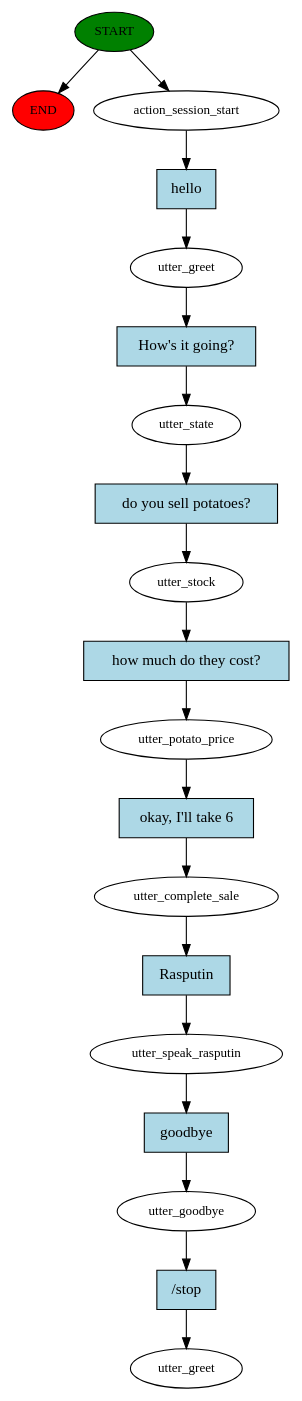
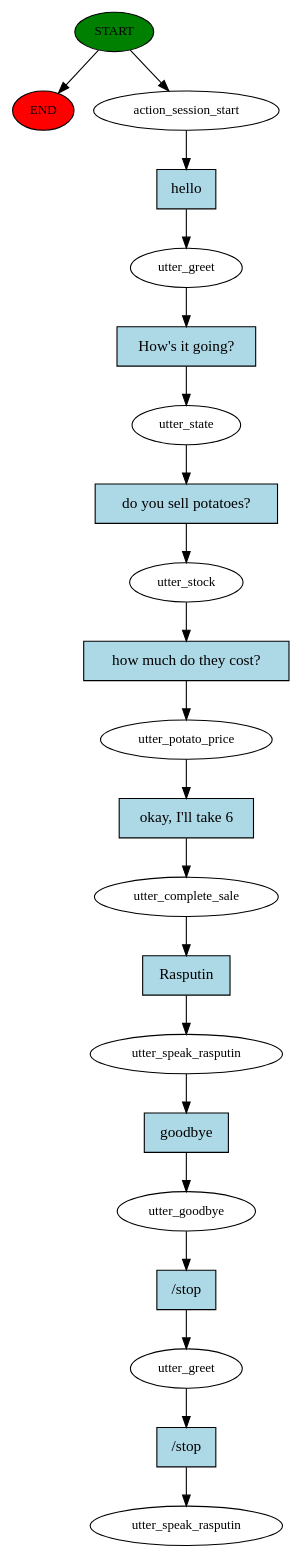
One commit to KazeShikaru/ChatBot changed the diagram in rasa/story_graph.dot. Above: the diagram before and after it, drawn with Graphviz. The commit also changed 3 other files, not shown here.

```diff
--- a/rasa/story_graph.dot
+++ b/rasa/story_graph.dot
@@ -1,39 +1,43 @@
 digraph  {
 0 [class="start active", fillcolor=green, fontsize=12, label=START, style=filled];
 "-1" [class=end, fillcolor=red, fontsize=12, label=END, style=filled];
 1 [class=active, fontsize=12, label=action_session_start];
 2 [class=active, fontsize=12, label=utter_greet];
 3 [class=active, fontsize=12, label=utter_state];
 4 [class=active, fontsize=12, label=utter_stock];
 5 [class=active, fontsize=12, label=utter_potato_price];
 6 [class=active, fontsize=12, label=utter_complete_sale];
 7 [class=active, fontsize=12, label=utter_speak_rasputin];
 8 [class=active, fontsize=12, label=utter_goodbye];
-9 [class="dashed active", fontsize=12, label=utter_greet];
-10 [class="intent active", fillcolor=lightblue, label=hello, shape=rect, style=filled];
-11 [class="intent active", fillcolor=lightblue, label="How's it going?", shape=rect, style=filled];
-12 [class="intent active", fillcolor=lightblue, label="do you sell potatoes?", shape=rect, style=filled];
-13 [class="intent active", fillcolor=lightblue, label="how much do they cost?", shape=rect, style=filled];
-14 [class="intent active", fillcolor=lightblue, label="okay, I'll take 6", shape=rect, style=filled];
-15 [class="intent active", fillcolor=lightblue, label=Rasputin, shape=rect, style=filled];
-16 [class="intent active", fillcolor=lightblue, label=goodbye, shape=rect, style=filled];
-17 [class="intent active", fillcolor=lightblue, label="/stop", shape=rect, style=filled];
+9 [class=active, fontsize=12, label=utter_greet];
+10 [class="dashed active", fontsize=12, label=utter_speak_rasputin];
+11 [class="intent active", fillcolor=lightblue, label=hello, shape=rect, style=filled];
+12 [class="intent active", fillcolor=lightblue, label="How's it going?", shape=rect, style=filled];
+13 [class="intent active", fillcolor=lightblue, label="do you sell potatoes?", shape=rect, style=filled];
+14 [class="intent active", fillcolor=lightblue, label="how much do they cost?", shape=rect, style=filled];
+15 [class="intent active", fillcolor=lightblue, label="okay, I'll take 6", shape=rect, style=filled];
+16 [class="intent active", fillcolor=lightblue, label=Rasputin, shape=rect, style=filled];
+17 [class="intent active", fillcolor=lightblue, label=goodbye, shape=rect, style=filled];
+18 [class="intent active", fillcolor=lightblue, label="/stop", shape=rect, style=filled];
+19 [class="intent active", fillcolor=lightblue, label="/stop", shape=rect, style=filled];
 0 -> "-1"  [class="", key=NONE, label=""];
 0 -> 1  [class=active, key=NONE, label=""];
-1 -> 10  [class=active, key=0];
-2 -> 11  [class=active, key=0];
-3 -> 12  [class=active, key=0];
-4 -> 13  [class=active, key=0];
-5 -> 14  [class=active, key=0];
-6 -> 15  [class=active, key=0];
-7 -> 16  [class=active, key=0];
-8 -> 17  [class=active, key=0];
-10 -> 2  [class=active, key=0];
-11 -> 3  [class=active, key=0];
-12 -> 4  [class=active, key=0];
-13 -> 5  [class=active, key=0];
-14 -> 6  [class=active, key=0];
-15 -> 7  [class=active, key=0];
-16 -> 8  [class=active, key=0];
-17 -> 9  [class=active, key=0];
+1 -> 11  [class=active, key=0];
+2 -> 12  [class=active, key=0];
+3 -> 13  [class=active, key=0];
+4 -> 14  [class=active, key=0];
+5 -> 15  [class=active, key=0];
+6 -> 16  [class=active, key=0];
+7 -> 17  [class=active, key=0];
+8 -> 18  [class=active, key=0];
+9 -> 19  [class=active, key=0];
+11 -> 2  [class=active, key=0];
+12 -> 3  [class=active, key=0];
+13 -> 4  [class=active, key=0];
+14 -> 5  [class=active, key=0];
+15 -> 6  [class=active, key=0];
+16 -> 7  [class=active, key=0];
+17 -> 8  [class=active, key=0];
+18 -> 9  [class=active, key=0];
+19 -> 10  [class=active, key=0];
 }
```
